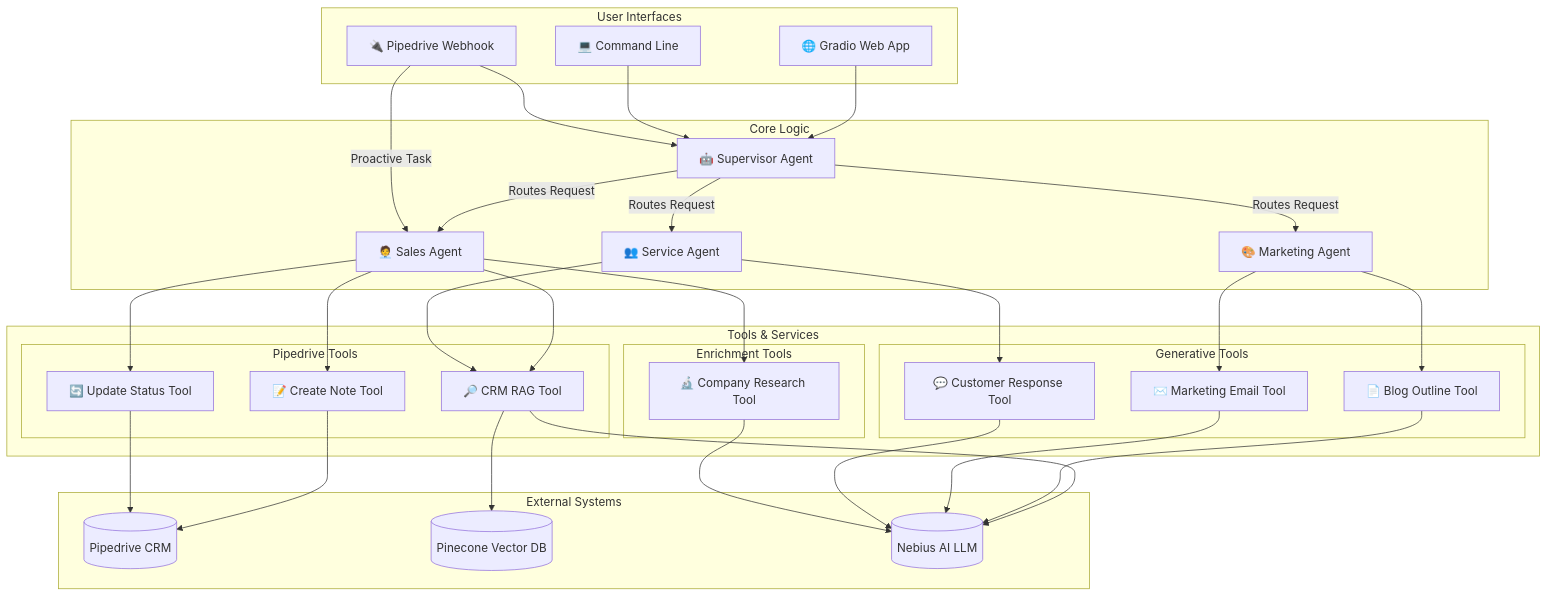
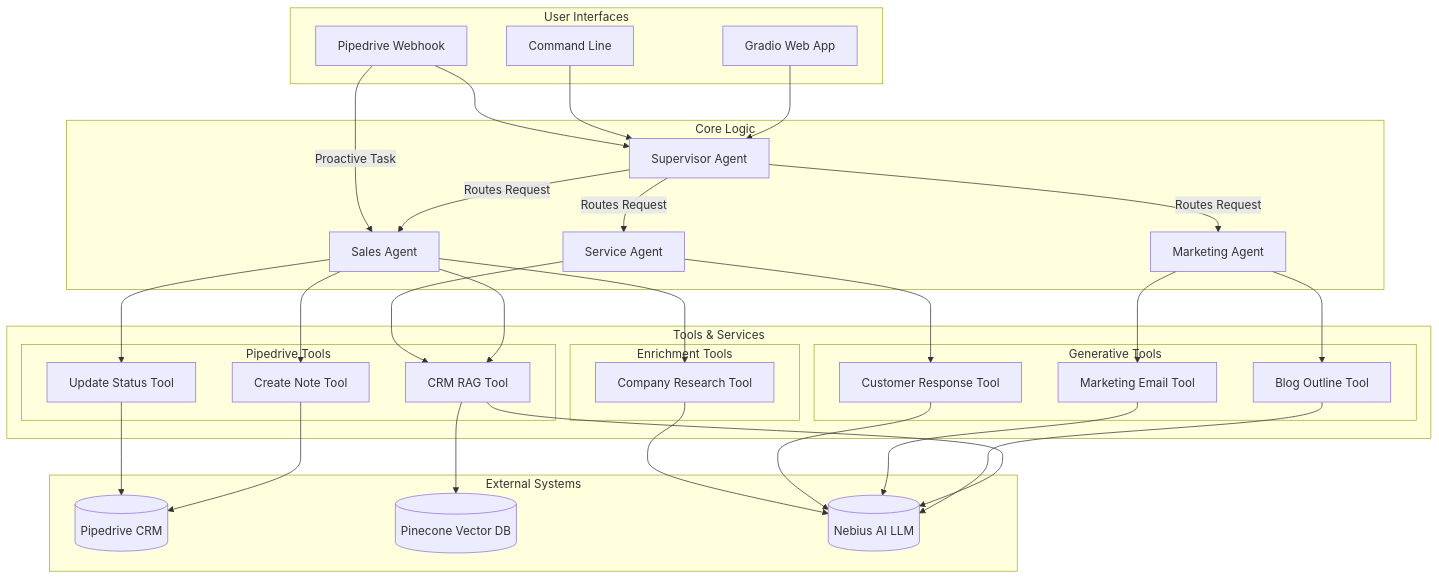
The diagram in README.md (sachin62025/crm-ai-agent), drawn with Mermaid before and after one commit. The commit also changed other lines of this file, not shown here.

````diff
--- a/README.md
+++ b/README.md
@@ -23,69 +23,69 @@
 ```mermaid
 graph TD
     subgraph User Interfaces
-        UI[🌐 Gradio Web App]
-        CLI[💻 Command Line]
-        WH[🔌 Pipedrive Webhook]
+        UI[ Gradio Web App]
+        CLI[ Command Line]
+        WH[ Pipedrive Webhook]
     end
 
     subgraph Core Logic
-        SUP[🤖 Supervisor Agent]
-        SA[🧑‍💼 Sales Agent]
-        MA[🎨 Marketing Agent]
-        SE[👥 Service Agent]
+        SUP[ Supervisor Agent]
+        SA[ Sales Agent]
+        MA[ Marketing Agent]
+        SE[ Service Agent]
     end
 
     subgraph Tools & Services
         subgraph Pipedrive Tools
-            RAG[🔎 CRM RAG Tool]
-            NOTE[📝 Create Note Tool]
-            STAT[🔄 Update Status Tool]
+            RAG[ CRM RAG Tool]
+            NOTE[ Create Note Tool]
+            STAT[ Update Status Tool]
         end
         subgraph Generative Tools
-            BLOG[📄 Blog Outline Tool]
-            EMAIL[✉️ Marketing Email Tool]
-            RESP[💬 Customer Response Tool]
+            BLOG[ Blog Outline Tool]
+            EMAIL[ Marketing Email Tool]
+            RESP[ Customer Response Tool]
         end
         subgraph Enrichment Tools
-            RES[🔬 Company Research Tool]
+            RES[ Company Research Tool]
         end
     end
 
     subgraph External Systems
         CRM[(Pipedrive CRM)]
         VDB[(Pinecone Vector DB)]
         LLM[(Nebius AI LLM)]
     end
 
     %% Connections
     UI --> SUP;
     CLI --> SUP;
     WH --> SUP;
 
     SUP -->|Routes Request| SA;
     SUP -->|Routes Request| MA;
     SUP -->|Routes Request| SE;
     WH -->|"Proactive Task"| SA;
 
     SA --> RAG;
     SA --> NOTE;
     SA --> STAT;
     SA --> RES;
 
     MA --> BLOG;
     MA --> EMAIL;
   
     SE --> RAG;
     SE --> RESP;
 
     RAG --> VDB;
     NOTE --> CRM;
     STAT --> CRM;
   
     RAG --> LLM;
     BLOG --> LLM;
     EMAIL --> LLM;
     RESP --> LLM;
     RES --> LLM;
 
 ```
````
